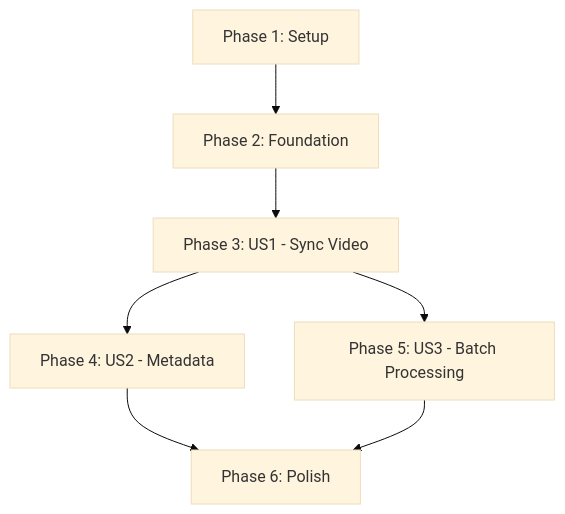
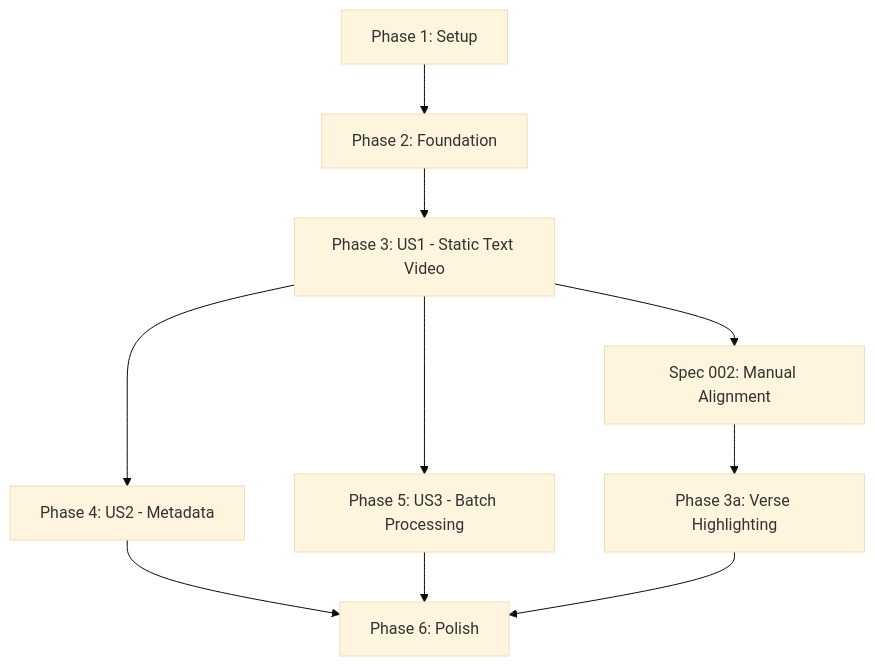
The diagram in specs/001-torah-audio-text-sync/tasks.md (sephib/upload_youtube), drawn with Mermaid (base theme) before and after one commit. The commit also changed other lines of this file and 42 other files, not shown here.

````diff
--- a/specs/001-torah-audio-text-sync/tasks.md
+++ b/specs/001-torah-audio-text-sync/tasks.md
@@ -251,9 +265,12 @@
 ```mermaid
 graph TD
     Setup[Phase 1: Setup] --> Foundation[Phase 2: Foundation]
-    Foundation --> US1[Phase 3: US1 - Sync Video]
+    Foundation --> US1[Phase 3: US1 - Static Text Video]
     US1 --> US2[Phase 4: US2 - Metadata]
     US1 --> US3[Phase 5: US3 - Batch Processing]
+    US1 --> Spec002[Spec 002: Manual Alignment]
+    Spec002 --> Highlight[Phase 3a: Verse Highlighting]
     US2 --> Polish[Phase 6: Polish]
     US3 --> Polish
+    Highlight --> Polish
 ```
````
